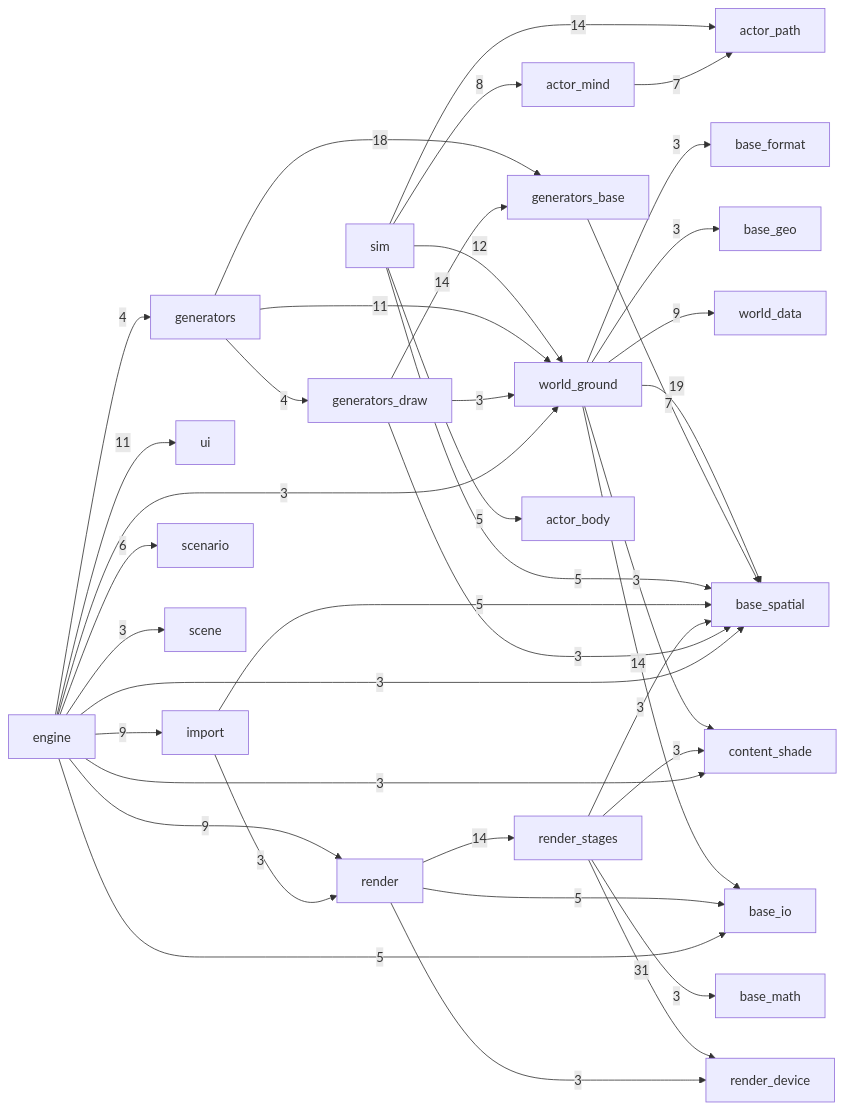
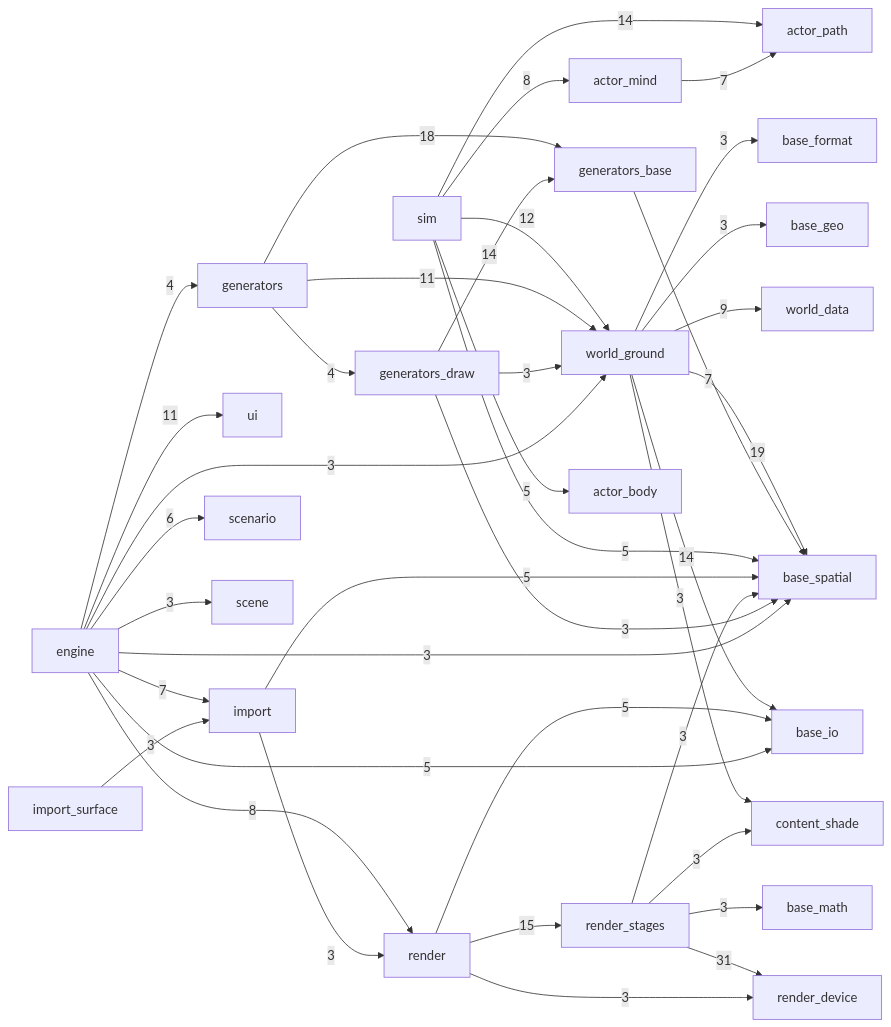
The diagram in STATE.md (Weichwolf/outshine), drawn with Mermaid before and after one commit. The commit also changed other lines of this file and 12 other files, not shown here.

````diff
--- a/STATE.md
+++ b/STATE.md
@@ -276,41 +276,41 @@
 ```mermaid
 flowchart LR
   render_stages --> |31| render_device
   world_ground --> |19| base_spatial
   generators --> |18| generators_base
+  render --> |15| render_stages
   world_ground --> |14| base_io
   sim --> |14| actor_path
-  render --> |14| render_stages
   generators_draw --> |14| generators_base
   sim --> |12| world_ground
   generators --> |11| world_ground
   engine --> |11| ui
   world_ground --> |9| world_data
-  engine --> |9| render
-  engine --> |9| import
   sim --> |8| actor_mind
+  engine --> |8| render
   generators_base --> |7| base_spatial
+  engine --> |7| import
   actor_mind --> |7| actor_path
   engine --> |6| scenario
   sim --> |5| base_spatial
   sim --> |5| actor_body
   render --> |5| base_io
   import --> |5| base_spatial
   engine --> |5| base_io
   generators --> |4| generators_draw
   engine --> |4| generators
   world_ground --> |3| content_shade
   world_ground --> |3| base_geo
   world_ground --> |3| base_format
   render --> |3| render_device
   render_stages --> |3| content_shade
   render_stages --> |3| base_spatial
   render_stages --> |3| base_math
   import --> |3| render
+  import_surface --> |3| import
   generators_draw --> |3| world_ground
   generators_draw --> |3| base_spatial
   engine --> |3| world_ground
   engine --> |3| scene
-  engine --> |3| content_shade
   engine --> |3| base_spatial
 ```
````
